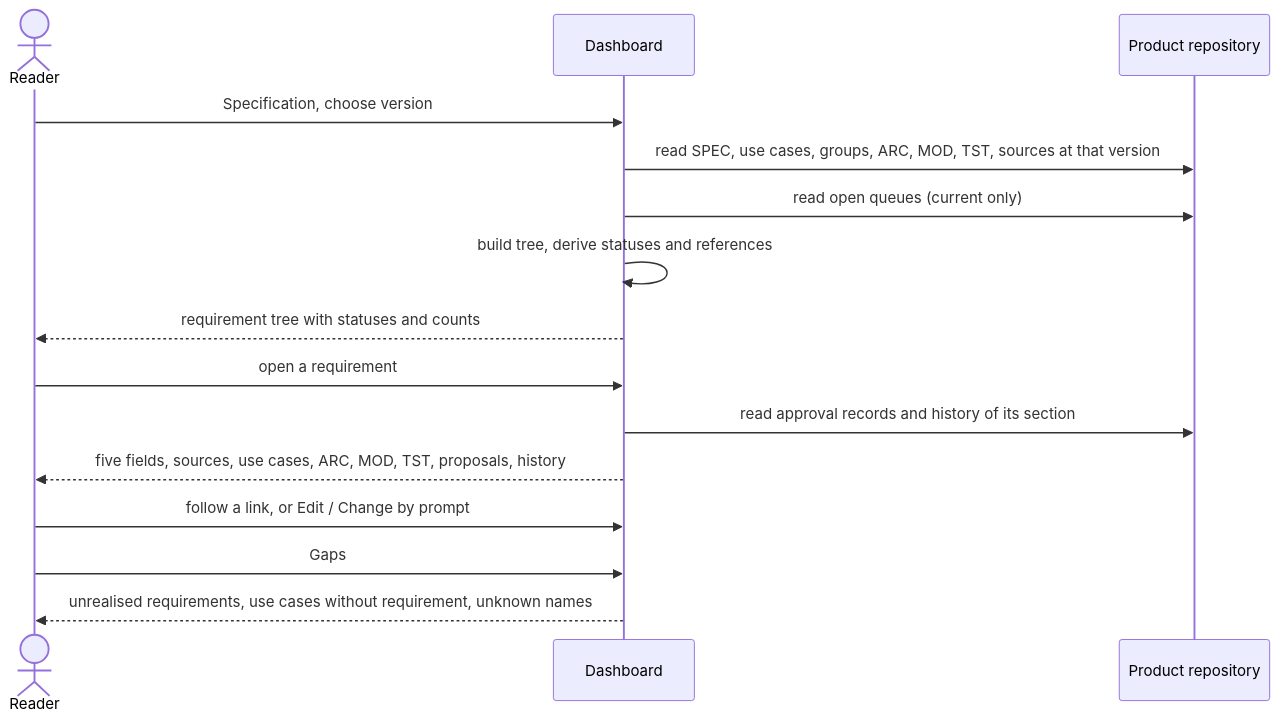
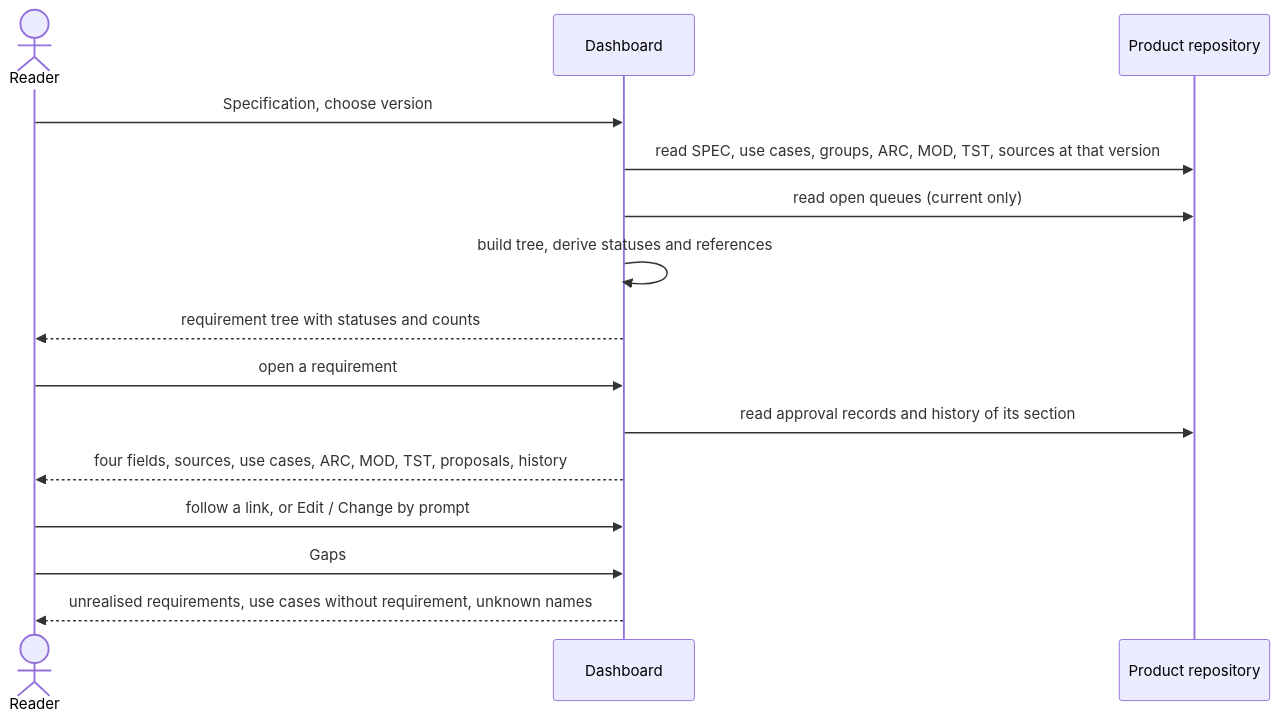
Before and after one commit to akmaier/agent-m: the diagram in docs/use-cases/UC-020-browse-the-specification.md, drawn with Mermaid. The commit also changed other lines of this file and 2 other files, not shown here.

````diff
--- a/docs/use-cases/UC-020-browse-the-specification.md
+++ b/docs/use-cases/UC-020-browse-the-specification.md
@@ -87,17 +85,17 @@
 ```mermaid
 sequenceDiagram
     actor R as Reader
     participant D as Dashboard
     participant G as Product repository
     R->>D: Specification, choose version
     D->>G: read SPEC, use cases, groups, ARC, MOD, TST, sources at that version
     D->>G: read open queues (current only)
     D->>D: build tree, derive statuses and references
     D-->>R: requirement tree with statuses and counts
     R->>D: open a requirement
     D->>G: read approval records and history of its section
-    D-->>R: five fields, sources, use cases, ARC, MOD, TST, proposals, history
+    D-->>R: four fields, sources, use cases, ARC, MOD, TST, proposals, history
     R->>D: follow a link, or Edit / Change by prompt
     R->>D: Gaps
     D-->>R: unrealised requirements, use cases without requirement, unknown names
 ```
````
